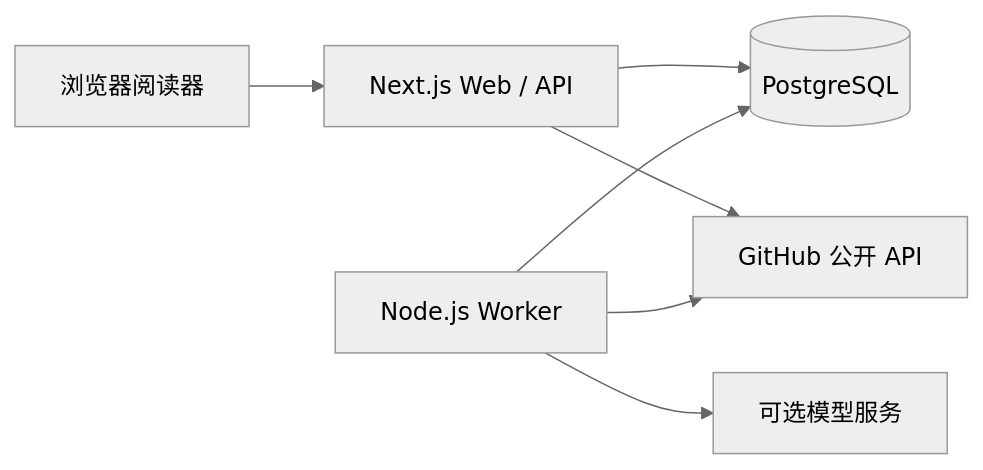
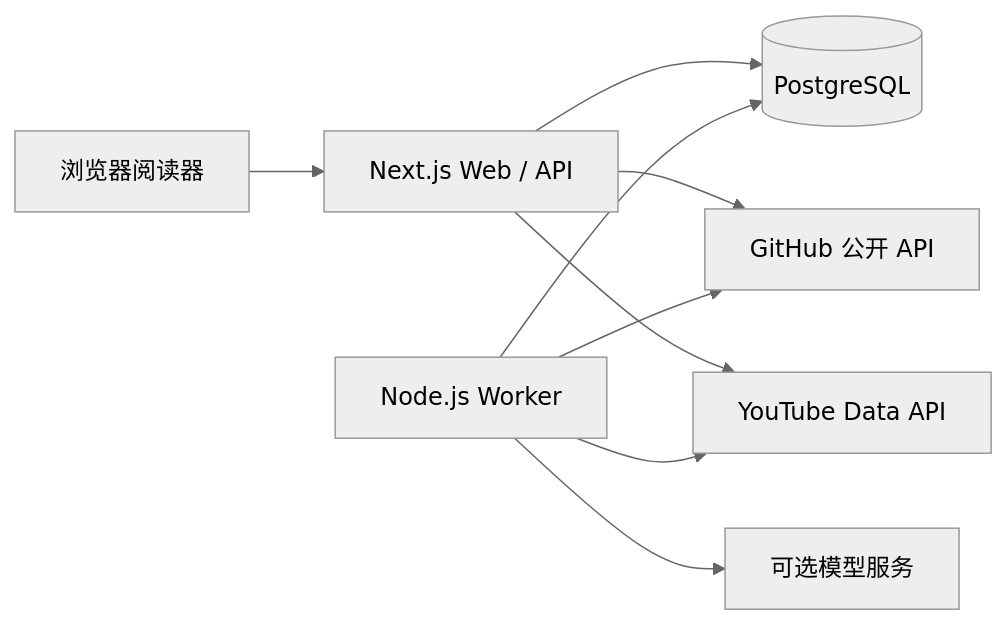
The diagram in docs/02-architecture.md (hjunhui0924-gif/news_updata), drawn with Mermaid (neutral theme) before and after one commit. The commit also changed other lines of this file and 55 other files, not shown here.

Commit message:
feat: add platform adapters and YouTube channel support

````diff
--- a/docs/02-architecture.md
+++ b/docs/02-architecture.md
@@ -7,9 +7,11 @@
 ```mermaid
 flowchart LR
   Browser[浏览器阅读器] --> Web[Next.js Web / API]
   Web --> DB[(PostgreSQL)]
   Web --> GitHub[GitHub 公开 API]
+  Web --> YouTube[YouTube Data API]
   Worker[Node.js Worker] --> DB
   Worker --> GitHub
+  Worker --> YouTube
   Worker --> AI[可选模型服务]
 ```
````
